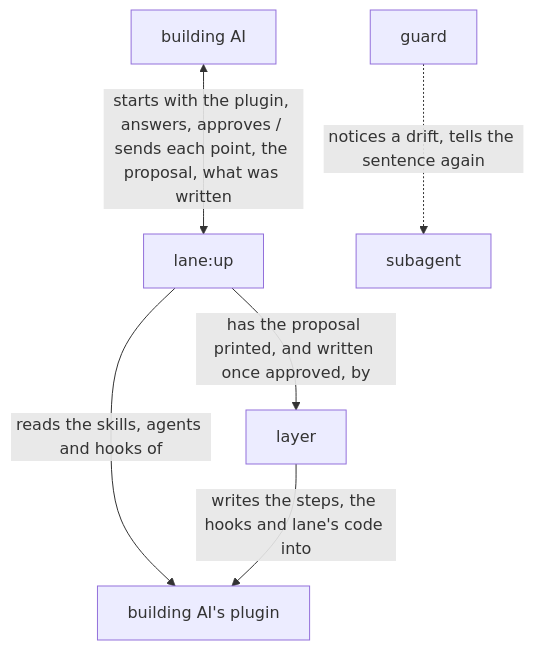
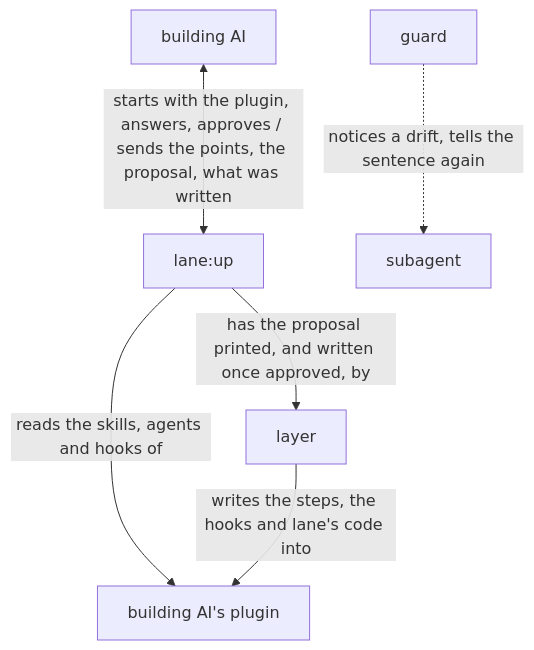
One commit to lovaizu/ccpm changed the diagram in dev/lane/architecture.md. Above: the diagram before and after it, drawn with Mermaid. The commit also changed other lines of this file and 3 other files, not shown here.

Commit message:
lane:up sends the building AI every open point in one reply, as the user chose: one at a time was for a person; steering state

````diff
--- a/dev/lane/architecture.md
+++ b/dev/lane/architecture.md
@@ -32,14 +32,14 @@
 ```mermaid
 flowchart TB
   caller["building AI"]
   up["lane:up"]
   layer["layer"]
   plugin["building AI's plugin"]
   guard["guard"]
   sub["subagent"]
-  caller <-->|starts with the plugin, answers, approves / sends each point, the proposal, what was written| up
+  caller <-->|starts with the plugin, answers, approves / sends the points, the proposal, what was written| up
   up -->|reads the skills, agents and hooks of| plugin
   up -->|has the proposal printed, and written once approved, by| layer
   layer -->|writes the steps, the hooks and lane's code into| plugin
   guard -.->|notices a drift, tells the sentence again| sub
 ```
````
